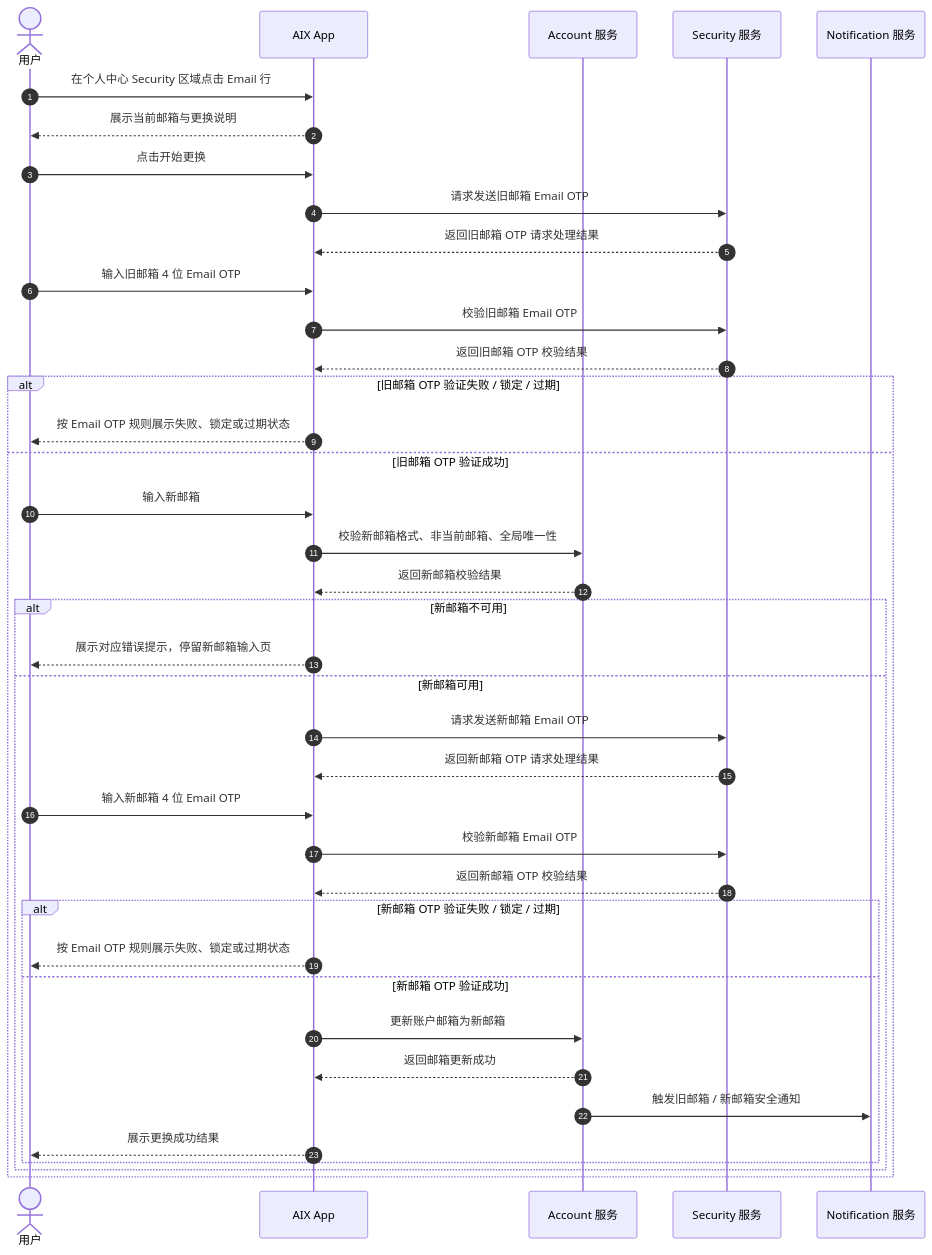
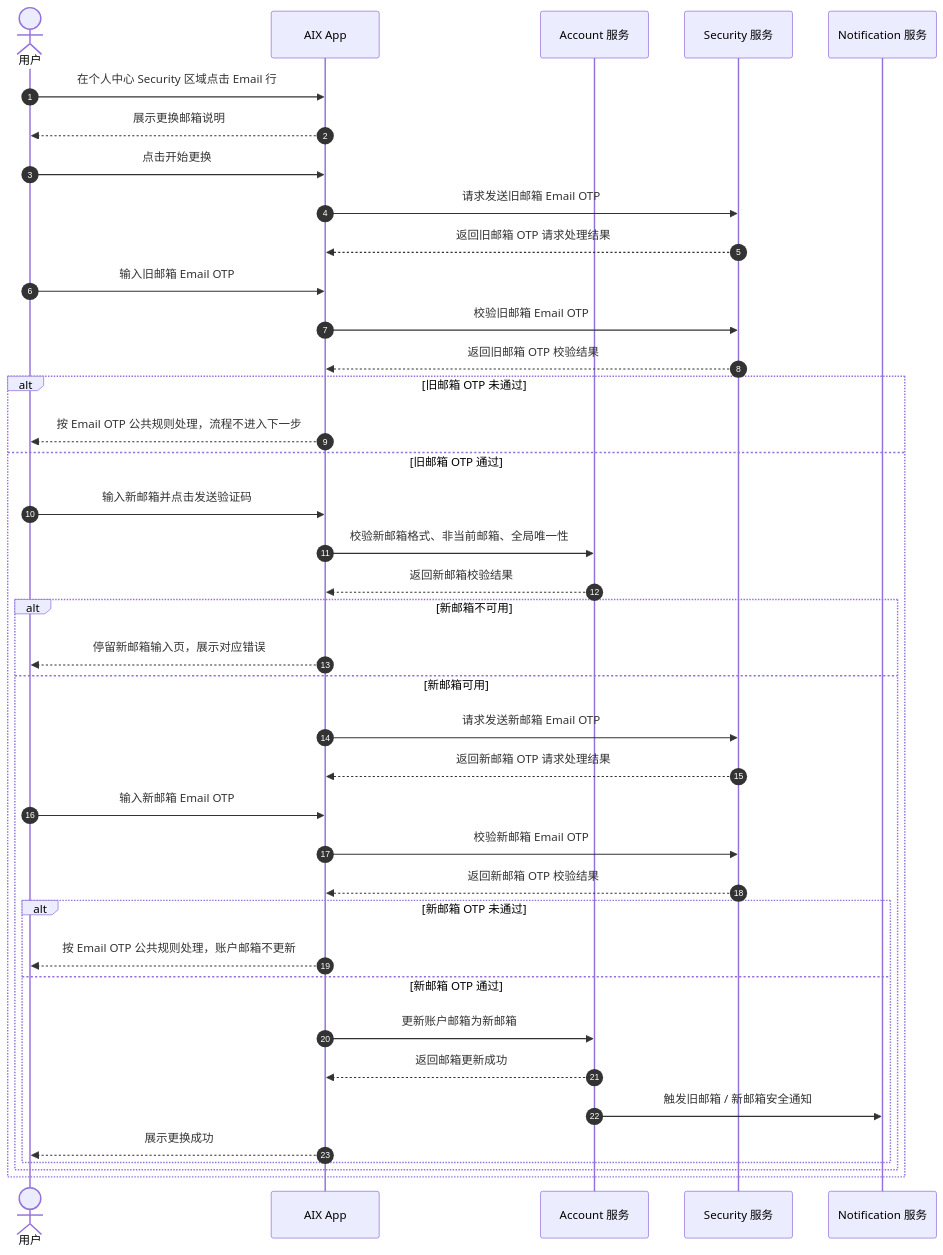
One commit to kelvin381539960-cyber/prd-for-ai changed the first of 2 diagrams in requirements/2026-05/account/change-email.md. Above: the diagram before and after it, drawn with Mermaid. The commit also changed other lines of this file, not shown here.

Commit message:
docs: align change email PRD with standard template v1.6

````diff
--- a/requirements/2026-05/account/change-email.md
+++ b/requirements/2026-05/account/change-email.md
@@ -131,46 +74,46 @@
 ```mermaid
 sequenceDiagram
     autonumber
     actor User as 用户
     participant App as AIX App
     participant Account as Account 服务
     participant Security as Security 服务
     participant Notification as Notification 服务
 
     User->>App: 在个人中心 Security 区域点击 Email 行
-    App-->>User: 展示当前邮箱与更换说明
+    App-->>User: 展示更换邮箱说明
     User->>App: 点击开始更换
 
     App->>Security: 请求发送旧邮箱 Email OTP
     Security-->>App: 返回旧邮箱 OTP 请求处理结果
-    User->>App: 输入旧邮箱 4 位 Email OTP
+    User->>App: 输入旧邮箱 Email OTP
     App->>Security: 校验旧邮箱 Email OTP
     Security-->>App: 返回旧邮箱 OTP 校验结果
 
-    alt 旧邮箱 OTP 验证失败 / 锁定 / 过期
-        App-->>User: 按 Email OTP 规则展示失败、锁定或过期状态
-    else 旧邮箱 OTP 验证成功
-        User->>App: 输入新邮箱
+    alt 旧邮箱 OTP 未通过
+        App-->>User: 按 Email OTP 公共规则处理，流程不进入下一步
+    else 旧邮箱 OTP 通过
+        User->>App: 输入新邮箱并点击发送验证码
         App->>Account: 校验新邮箱格式、非当前邮箱、全局唯一性
         Account-->>App: 返回新邮箱校验结果
 
         alt 新邮箱不可用
-            App-->>User: 展示对应错误提示，停留新邮箱输入页
+            App-->>User: 停留新邮箱输入页，展示对应错误
         else 新邮箱可用
             App->>Security: 请求发送新邮箱 Email OTP
             Security-->>App: 返回新邮箱 OTP 请求处理结果
-            User->>App: 输入新邮箱 4 位 Email OTP
+            User->>App: 输入新邮箱 Email OTP
             App->>Security: 校验新邮箱 Email OTP
             Security-->>App: 返回新邮箱 OTP 校验结果
 
-            alt 新邮箱 OTP 验证失败 / 锁定 / 过期
-                App-->>User: 按 Email OTP 规则展示失败、锁定或过期状态
-            else 新邮箱 OTP 验证成功
+            alt 新邮箱 OTP 未通过
+                App-->>User: 按 Email OTP 公共规则处理，账户邮箱不更新
+            else 新邮箱 OTP 通过
                 App->>Account: 更新账户邮箱为新邮箱
                 Account-->>App: 返回邮箱更新成功
                 Account->>Notification: 触发旧邮箱 / 新邮箱安全通知
-                App-->>User: 展示更换成功结果
+                App-->>User: 展示更换成功
             end
         end
     end
 ```
````
